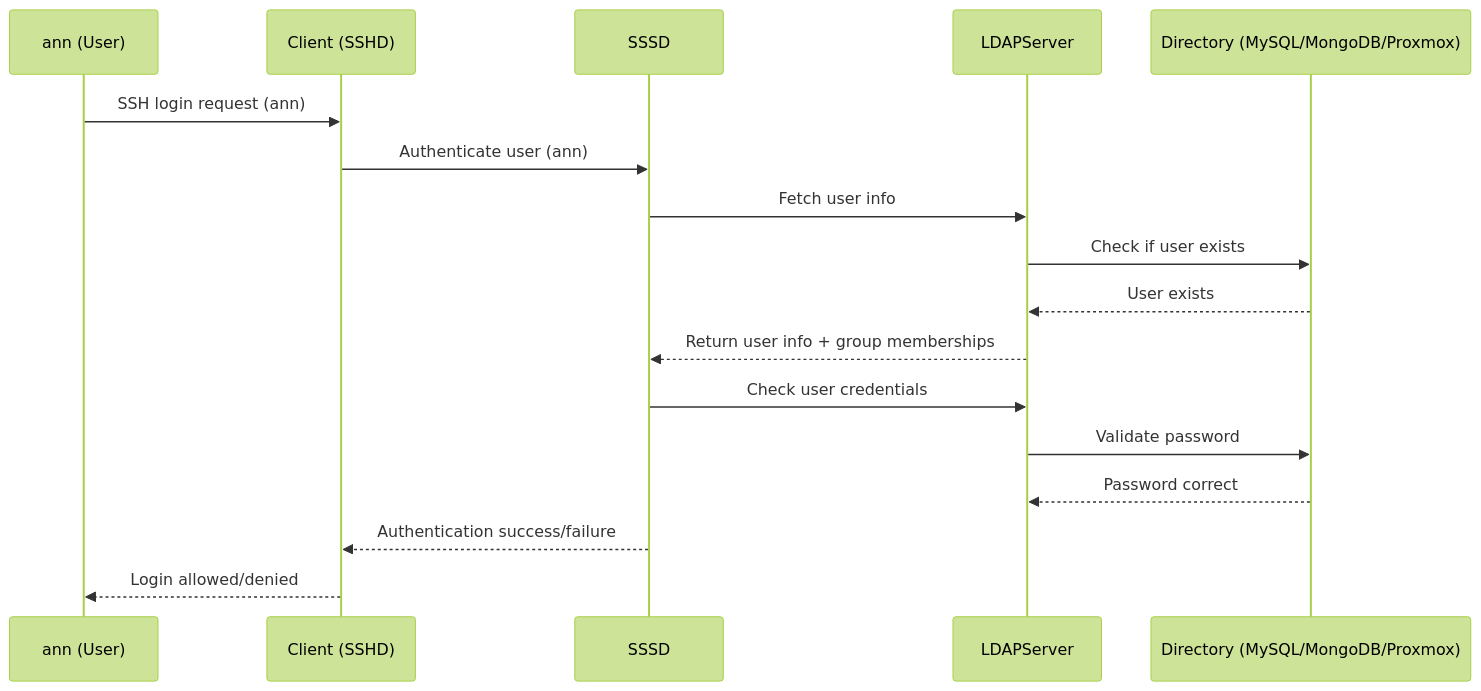
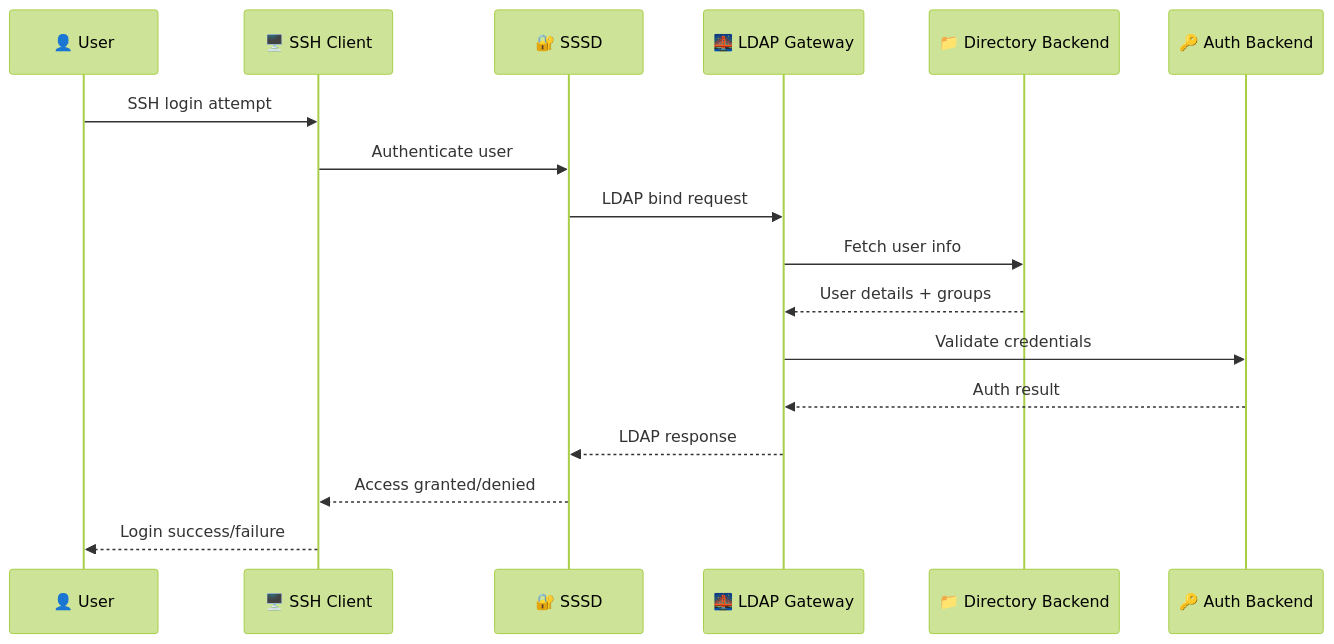
Before and after one commit to mieweb/LDAPServer: the second of 4 diagrams in README.md, drawn with Mermaid (forest theme). The commit also changed other lines of this file and 91 other files, not shown here.

First line of the commit message:
feat: Massive refactor of LDAP Gateway Server

````diff
--- a/README.md
+++ b/README.md
@@ -7,20 +49,20 @@
 ```mermaid
 sequenceDiagram
-    participant User as ann (User)
-    participant Client as Client (SSHD)
-    participant SSSD as SSSD
-    participant LDAP as LDAPServer
-    participant DB as Directory (MySQL/MongoDB/Proxmox)
-    User->>Client: SSH login request (ann)
-    Client->>SSSD: Authenticate user (ann)
-    SSSD->>LDAP: Fetch user info
-    LDAP->>DB: Check if user exists
-    DB-->>LDAP: User exists
-    LDAP-->>SSSD: Return user info + group memberships
-    SSSD->>LDAP: Check user credentials
-    LDAP->>DB: Validate password
-    DB-->>LDAP: Password correct
-    SSSD-->>Client: Authentication success/failure
-    Client-->>User: Login allowed/denied
-
+    participant User as 👤 User
+    participant Client as 🖥️ SSH Client
+    participant SSSD as 🔐 SSSD
+    participant Gateway as 🌉 LDAP Gateway
+    participant Directory as 📁 Directory Backend
+    participant Auth as 🔑 Auth Backend
+    
+    User->>Client: SSH login attempt
+    Client->>SSSD: Authenticate user
+    SSSD->>Gateway: LDAP bind request
+    Gateway->>Directory: Fetch user info
+    Directory-->>Gateway: User details + groups
+    Gateway->>Auth: Validate credentials
+    Auth-->>Gateway: Auth result
+    Gateway-->>SSSD: LDAP response
+    SSSD-->>Client: Access granted/denied
+    Client-->>User: Login success/failure
 ```
````
